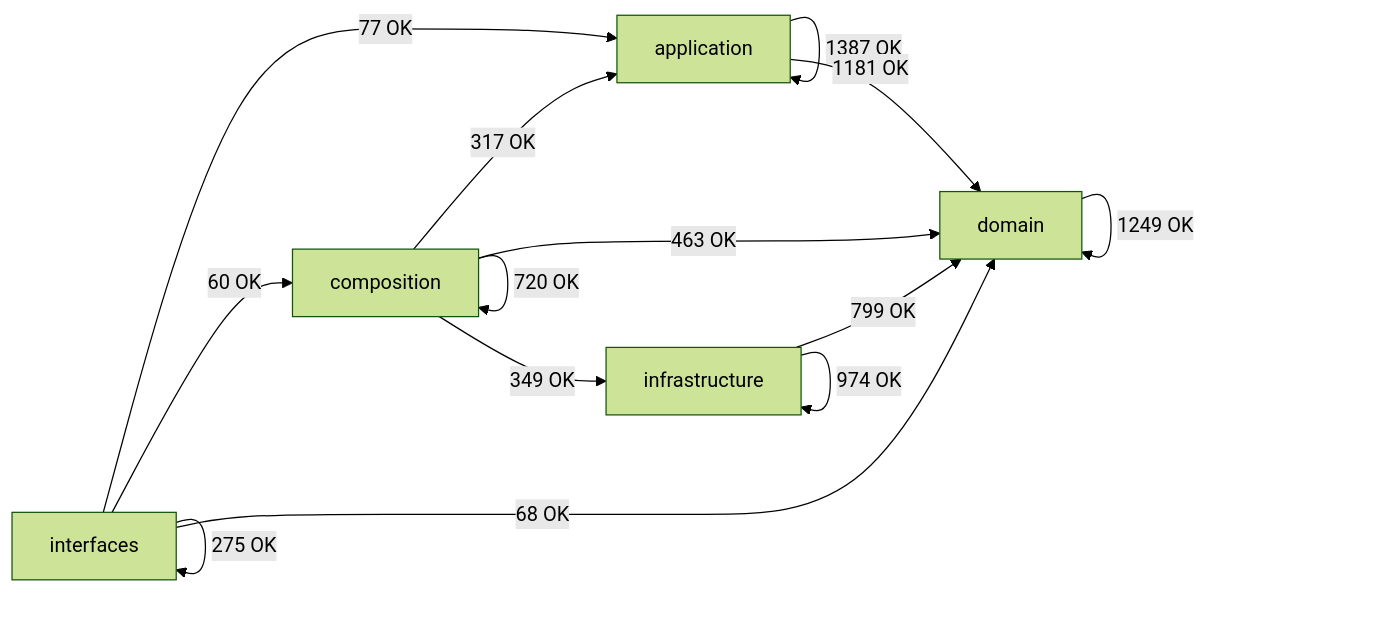
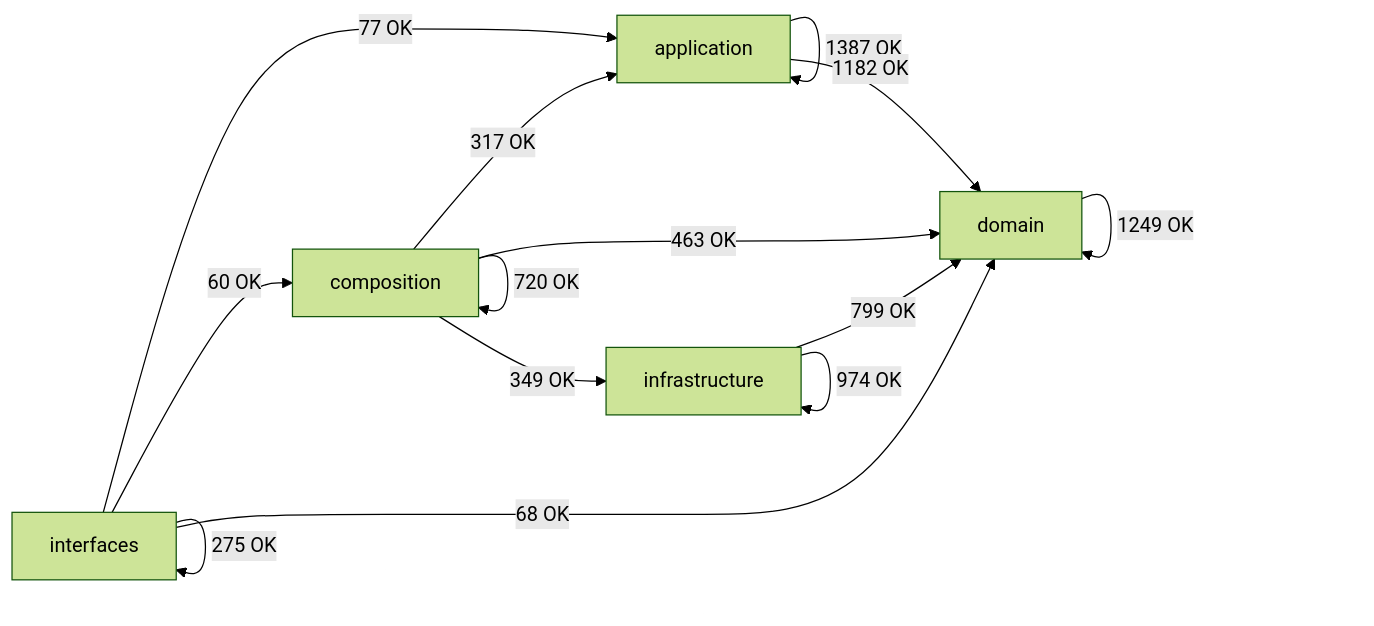
Before and after one commit to SatoryKono/BioactivityDataAcquisition: the diagram in docs/02-architecture/generated/module-dependency-map.md, drawn with Mermaid (forest theme). The commit also changed other lines of this file and 57 other files, not shown here.

````diff
--- a/docs/02-architecture/generated/module-dependency-map.md
+++ b/docs/02-architecture/generated/module-dependency-map.md
@@ -17,21 +17,21 @@
 ```mermaid
 flowchart LR
     domain[domain]
     application[application]
     infrastructure[infrastructure]
     composition[composition]
     interfaces[interfaces]
     application -->|1387 OK| application
-    application -->|1181 OK| domain
+    application -->|1182 OK| domain
     composition -->|317 OK| application
     composition -->|720 OK| composition
     composition -->|463 OK| domain
     composition -->|349 OK| infrastructure
     domain -->|1249 OK| domain
     infrastructure -->|799 OK| domain
     infrastructure -->|974 OK| infrastructure
     interfaces -->|77 OK| application
     interfaces -->|60 OK| composition
     interfaces -->|68 OK| domain
     interfaces -->|275 OK| interfaces
 ```
````
